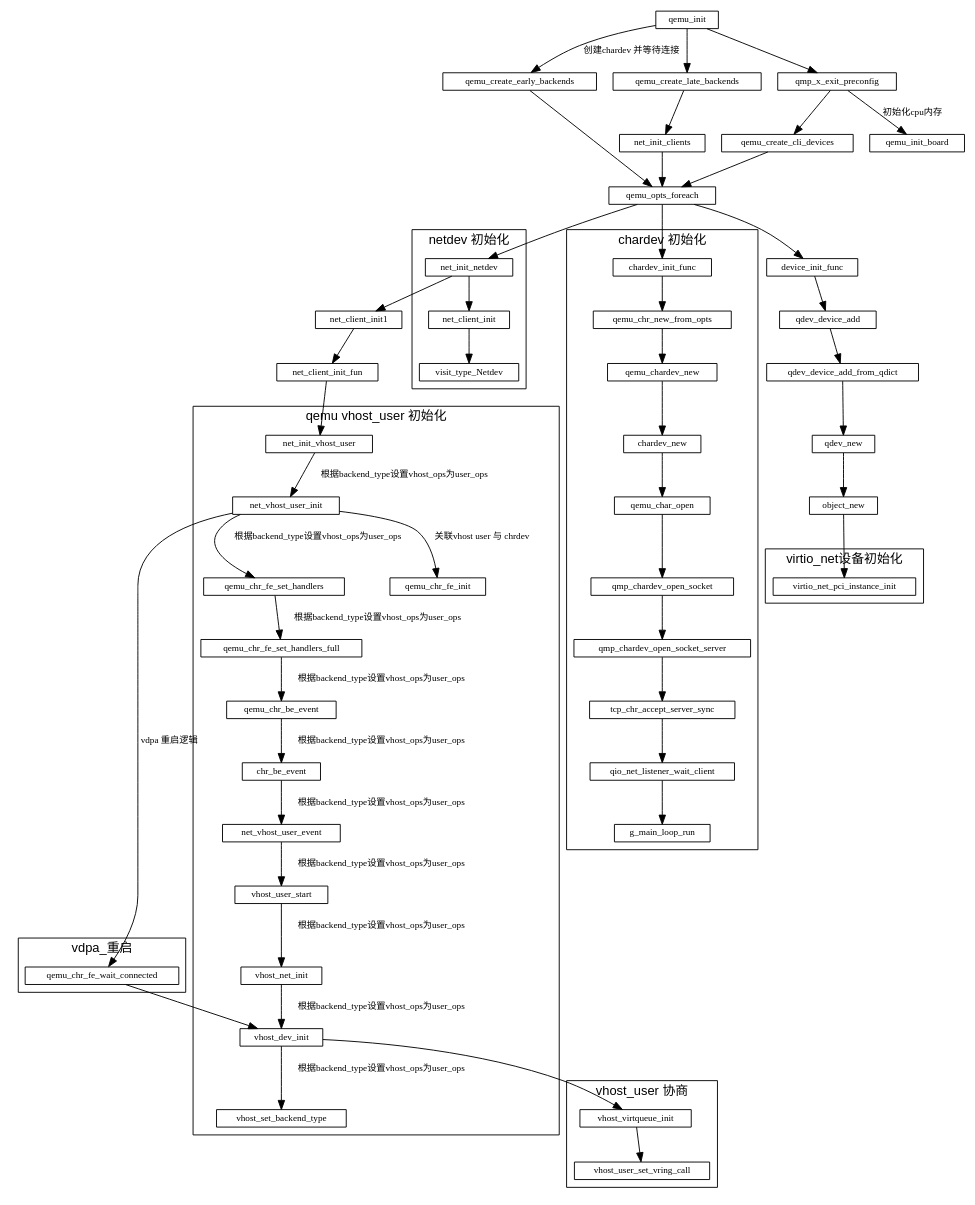
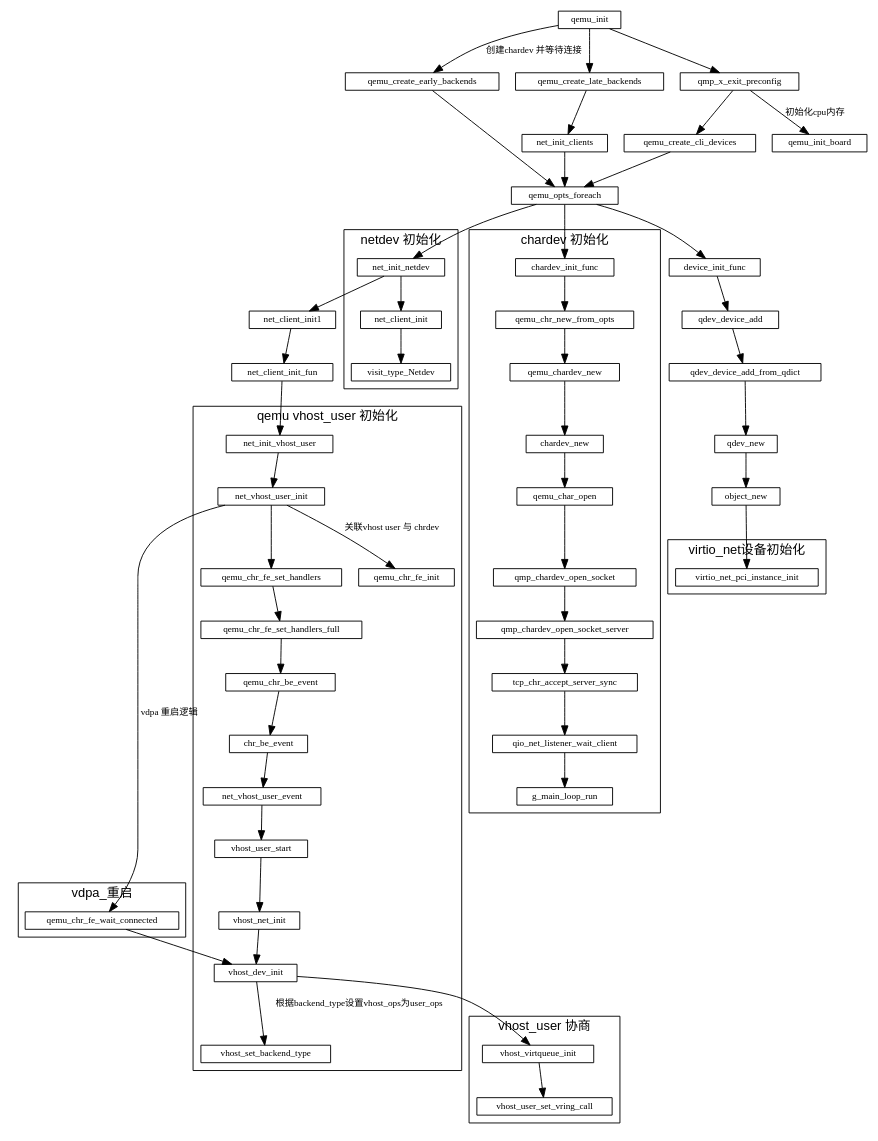
The diagram in qemu/qemu初始化.md (sisyphus1212/note), drawn with Graphviz before and after one commit.

Commit message:
auto_update

```diff
--- a/qemu/qemu初始化.md
+++ b/qemu/qemu初始化.md
@@ -58,8 +58,9 @@
                             -> vhost_user_start
                             -> vhost_net_init
                             -> vhost_dev_init
+                            vhost_dev_init
                             -> vhost_set_backend_type[label="根据backend_type设置vhost_ops为user_ops"]
-                            vhost_set_backend_type
+
 
 
         net_vhost_user_init -> qemu_chr_fe_init[label="关联vhost user 与 chrdev"]
```
